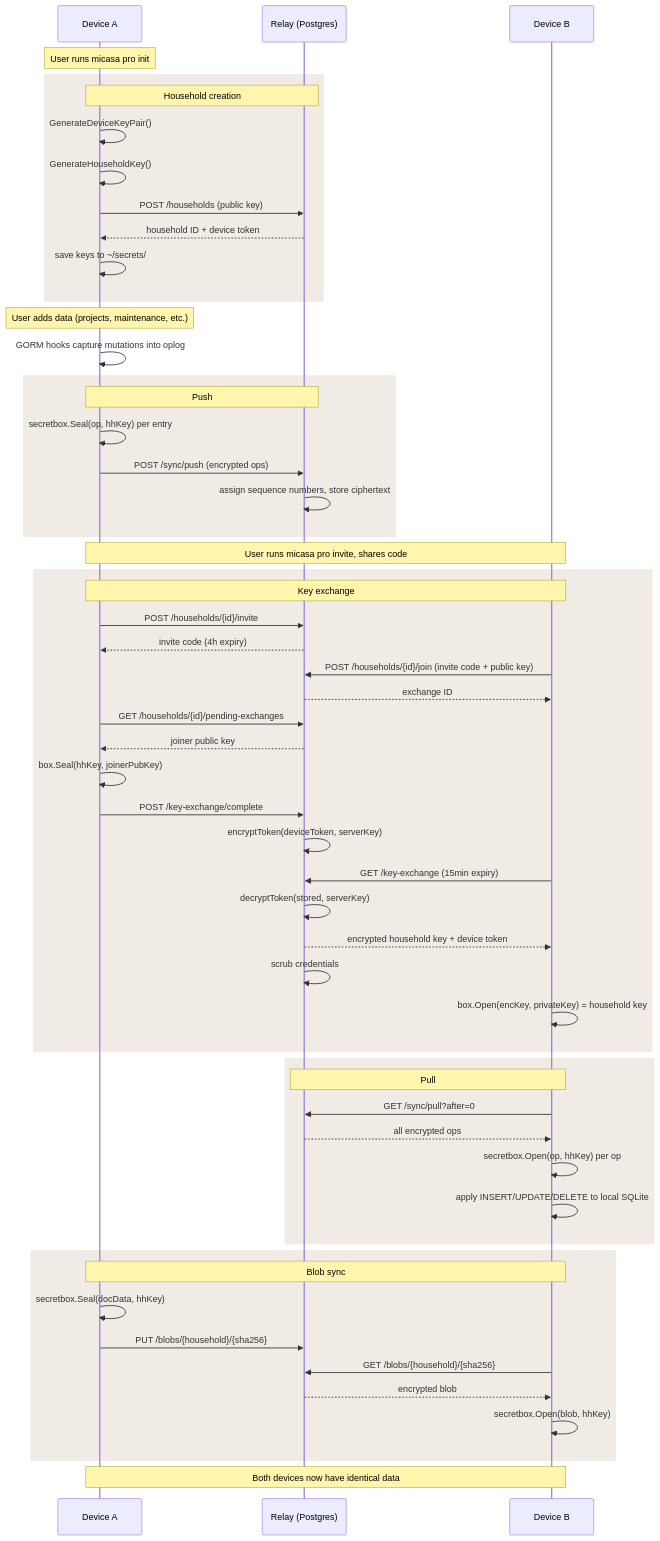
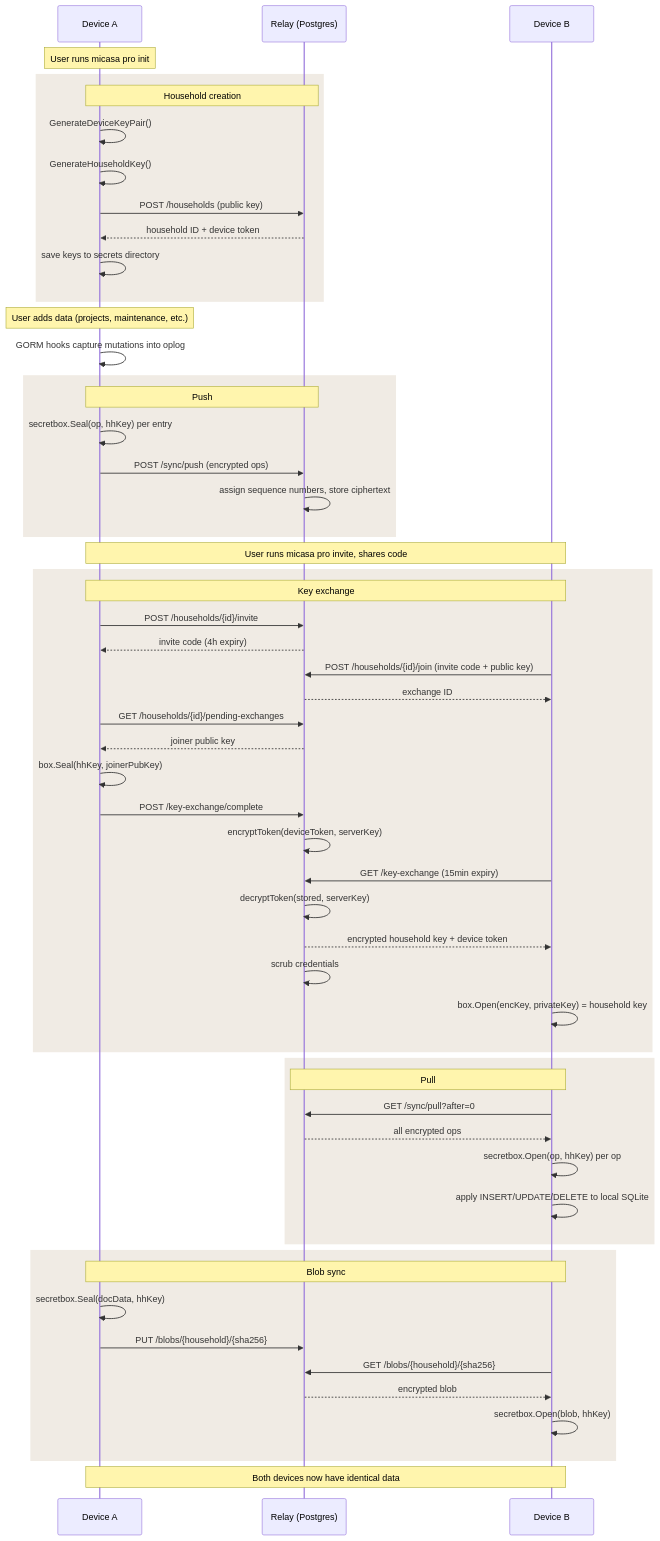
One commit to micasa-dev/micasa changed the third of 3 diagrams in docs/content/docs/development/relay-architecture.md. Above: the diagram before and after it, drawn with Mermaid. The commit also changed other lines of this file, not shown here.

````diff
--- a/docs/content/docs/development/relay-architecture.md
+++ b/docs/content/docs/development/relay-architecture.md
@@ -159,66 +159,66 @@
 ```mermaid
 sequenceDiagram
     participant A as Device A
     participant R as Relay (Postgres)
     participant B as Device B
 
     Note over A: User runs micasa pro init
 
     rect rgb(240, 235, 228)
     Note over A,R: Household creation
     A->>A: GenerateDeviceKeyPair()
     A->>A: GenerateHouseholdKey()
     A->>R: POST /households (public key)
     R-->>A: household ID + device token
-    A->>A: save keys to ~/secrets/
+    A->>A: save keys to secrets directory
     end
 
     Note over A: User adds data (projects, maintenance, etc.)
     A->>A: GORM hooks capture mutations into oplog
 
     rect rgb(240, 235, 228)
     Note over A,R: Push
     A->>A: secretbox.Seal(op, hhKey) per entry
     A->>R: POST /sync/push (encrypted ops)
     R->>R: assign sequence numbers, store ciphertext
     end
 
     Note over A,B: User runs micasa pro invite, shares code
 
     rect rgb(240, 235, 228)
     Note over A,B: Key exchange
     A->>R: POST /households/{id}/invite
     R-->>A: invite code (4h expiry)
     B->>R: POST /households/{id}/join (invite code + public key)
     R-->>B: exchange ID
     A->>R: GET /households/{id}/pending-exchanges
     R-->>A: joiner public key
     A->>A: box.Seal(hhKey, joinerPubKey)
     A->>R: POST /key-exchange/complete
     R->>R: encryptToken(deviceToken, serverKey)
     B->>R: GET /key-exchange (15min expiry)
     R->>R: decryptToken(stored, serverKey)
     R-->>B: encrypted household key + device token
     R->>R: scrub credentials
     B->>B: box.Open(encKey, privateKey) = household key
     end
 
     rect rgb(240, 235, 228)
     Note over B,R: Pull
     B->>R: GET /sync/pull?after=0
     R-->>B: all encrypted ops
     B->>B: secretbox.Open(op, hhKey) per op
     B->>B: apply INSERT/UPDATE/DELETE to local SQLite
     end
 
     rect rgb(240, 235, 228)
     Note over A,B: Blob sync
     A->>A: secretbox.Seal(docData, hhKey)
     A->>R: PUT /blobs/{household}/{sha256}
     B->>R: GET /blobs/{household}/{sha256}
     R-->>B: encrypted blob
     B->>B: secretbox.Open(blob, hhKey)
     end
 
     Note over A,B: Both devices now have identical data
 ```
````
